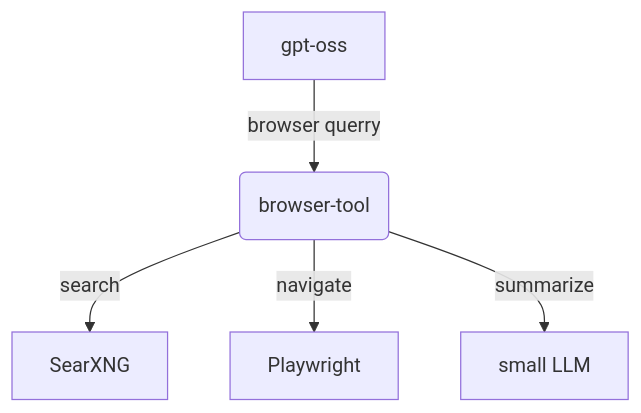
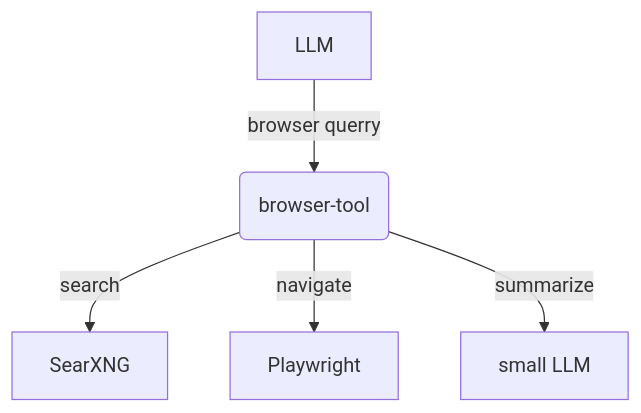
The diagram in README.md (lupusmagist/browser-tool), drawn with Mermaid before and after one commit. The commit also changed other lines of this file, not shown here.

````diff
--- a/README.md
+++ b/README.md
@@ -7,7 +6,7 @@
 ```mermaid
 flowchart TD
-    A[gpt-oss] -->|browser querry| B(browser-tool)
+    A[LLM] -->|browser querry| B(browser-tool)
     B -->|search| D[SearXNG]
     B -->|navigate| E[Playwright]
     B -->|summarize| F[small LLM]
 ```
````
